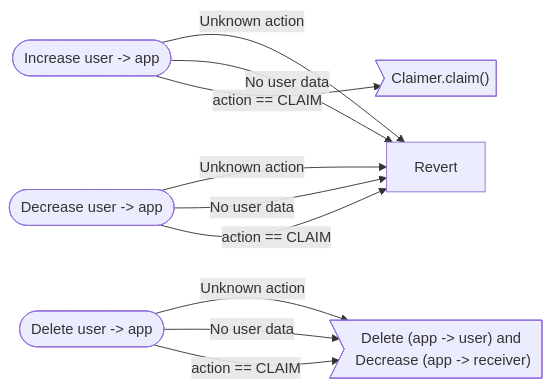
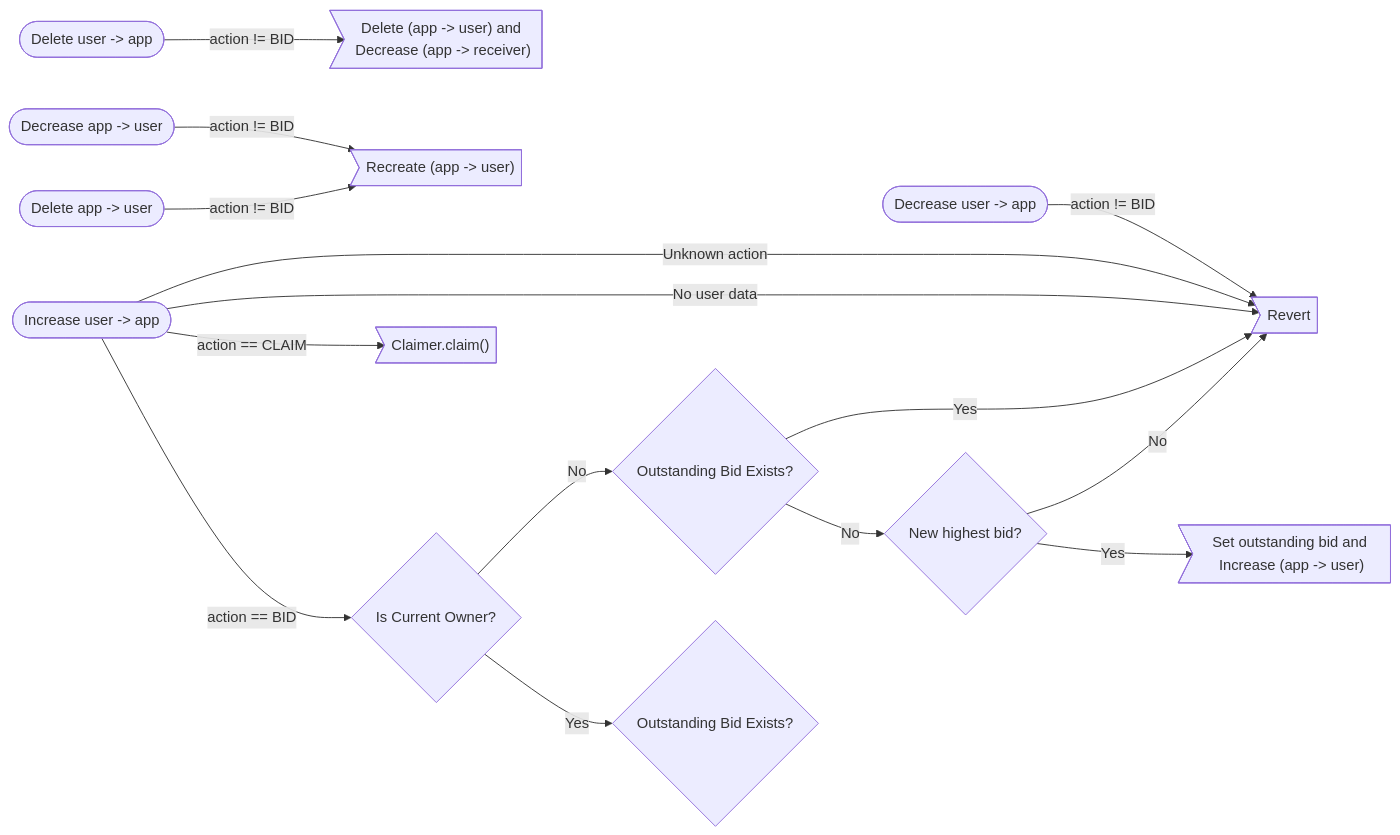
One commit to Geo-Web-Project/garden changed the diagram in content/notes/Draft Proposal - AuctionSuperApp.md. Above: the diagram before and after it, drawn with Mermaid.

Commit message:
vault sync: 2022-02-04 15:02:52

````diff
--- a/content/notes/Draft Proposal - AuctionSuperApp.md
+++ b/content/notes/Draft Proposal - AuctionSuperApp.md
@@ -88,21 +88,31 @@
 ```mermaid
 flowchart LR  
  incrUserApp([Increase user -> app])
  decrUserApp([Decrease user -> app])
  delUserApp([Delete user -> app])
+ decrAppUser([Decrease app -> user])
+ delAppUser([Delete app -> user])
+ revert>"Revert"]
+ claim>"Claimer.claim()"]
+ delAppUserAction>"Delete (app -> user) and Decrease (app -> receiver)"]
+ recreateAppUser>"Recreate (app -> user)"]
+ isCurOwner{"Is Current Owner?"}
+ setOutBid>"Set outstanding bid and Increase (app -> user)"]
 
- claim>"Claimer.claim()"]
- delAppUser>"Delete (app -> user) and Decrease (app -> receiver)"]
+ incrUserApp -- "Unknown action" --> revert
+ incrUserApp -- "No user data" --> revert
+ incrUserApp -- "action == CLAIM" --> claim
+ incrUserApp -- "action == BID" --> isCurOwner
+ isCurOwner -- "No" --> outBid1{"Outstanding Bid Exists?"} -- "Yes" --> revert
+ outBid1 -- "No" --> newBidder{"New highest bid?"}
+ 
+ isCurOwner -- "Yes" --> outBid2{"Outstanding Bid Exists?"} 
+ 
+ newBidder -- "No" --> revert
+ newBidder -- "Yes" --> setOutBid
 
- incrUserApp -- "Unknown action" --> Revert
- decrUserApp -- "Unknown action" --> Revert
- delUserApp -- "Unknown action" --> delAppUser
- 
- incrUserApp -- "No user data" --> Revert
- decrUserApp -- "No user data" --> Revert
- delUserApp -- "No user data" --> delAppUser
- 
- incrUserApp -- "action == CLAIM" --> claim
- decrUserApp -- "action == CLAIM" --> Revert
- delUserApp -- "action == CLAIM" --> delAppUser
+ decrUserApp -- "action != BID" --> revert
+ delUserApp -- "action != BID" --> delAppUserAction
+ decrAppUser -- "action != BID" --> recreateAppUser
+ delAppUser -- "action != BID" --> recreateAppUser
 ```
````
